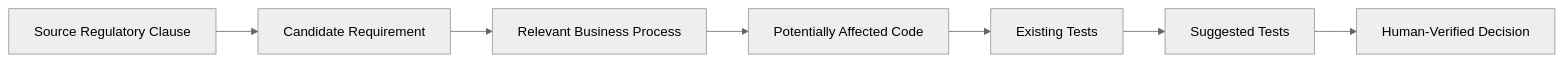
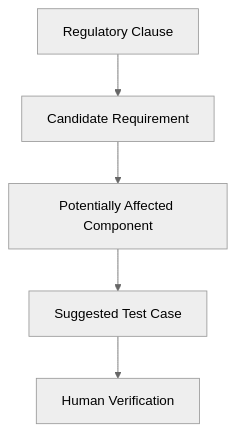
The third of 3 diagrams in README.md (rajshreesinha-23/regulalens-ai), drawn with Mermaid (neutral theme) before and after one commit. The commit also changed other lines of this file, not shown here.

````diff
--- a/README.md
+++ b/README.md
@@ -182,9 +105,7 @@
 ```mermaid
-flowchart LR
-    A[Source Regulatory Clause] --> B[Candidate Requirement]
-    B --> C[Relevant Business Process]
-    C --> D[Potentially Affected Code]
-    D --> E[Existing Tests]
-    E --> F[Suggested Tests]
-    F --> G[Human-Verified Decision]
+flowchart TD
+    A["Regulatory Clause"] --> B["Candidate Requirement"]
+    B --> C["Potentially Affected Component"]
+    C --> D["Suggested Test Case"]
+    D --> E["Human Verification"]
 ```
````
